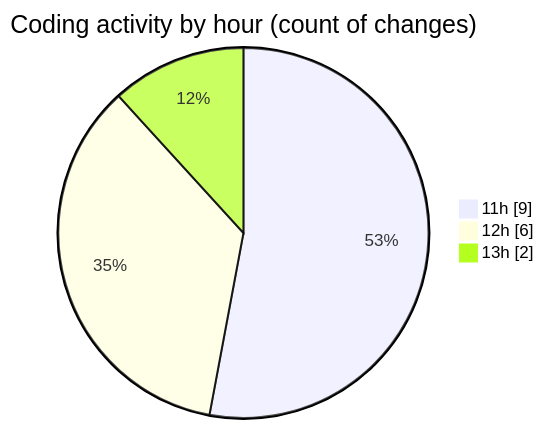
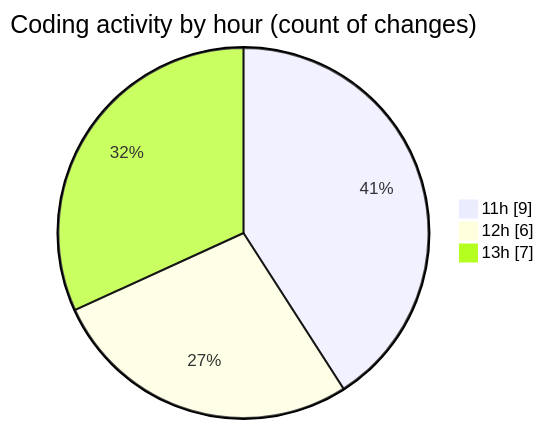
One commit to BS-eng2023/code-tracking changed the second of 2 diagrams in 2025-05-08/recipe-app/README.md. Above: the diagram before and after it, drawn with Mermaid. The commit also changed other lines of this file and 1 other file, not shown here.

````diff
--- a/2025-05-08/recipe-app/README.md
+++ b/2025-05-08/recipe-app/README.md
@@ -32,7 +33,7 @@
 ```mermaid
 pie showData
 title Coding activity by hour (count of changes)
 "11h" : 9
 "12h" : 6
-"13h" : 2
+"13h" : 7
 ```
````
